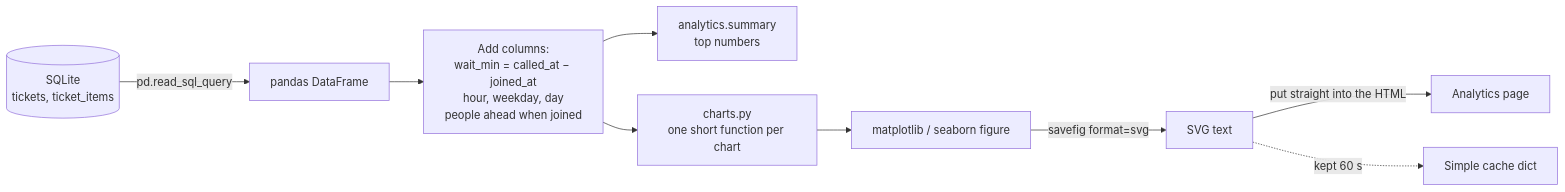
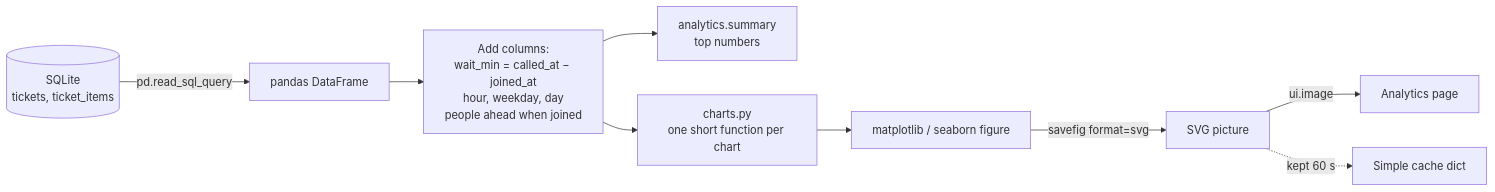
Before and after one commit to unwacko/dashQ_deployed: the ninth of 11 diagrams in dashQ_how_it_works.md, drawn with Mermaid. The commit also changed other lines of this file and 60 other files, not shown here.

````diff
--- a/dashQ_how_it_works.md
+++ b/dashQ_how_it_works.md
@@ -351,11 +399,11 @@
 ```mermaid
 flowchart LR
     A[(SQLite<br/>tickets, ticket_items)] -->|pd.read_sql_query| B[pandas DataFrame]
     B --> C["Add columns:<br/>wait_min = called_at − joined_at<br/>hour, weekday, day<br/>people ahead when joined"]
     C --> D[analytics.summary<br/>top numbers]
     C --> E[charts.py<br/>one short function per chart]
     E --> F[matplotlib / seaborn figure]
-    F -->|savefig format=svg| G[SVG text]
-    G -->|put straight into the HTML| H[Analytics page]
+    F -->|savefig format=svg| G[SVG picture]
+    G -->|ui.image| H[Analytics page]
     G -.kept 60 s.-> I[Simple cache dict]
 ```
````
